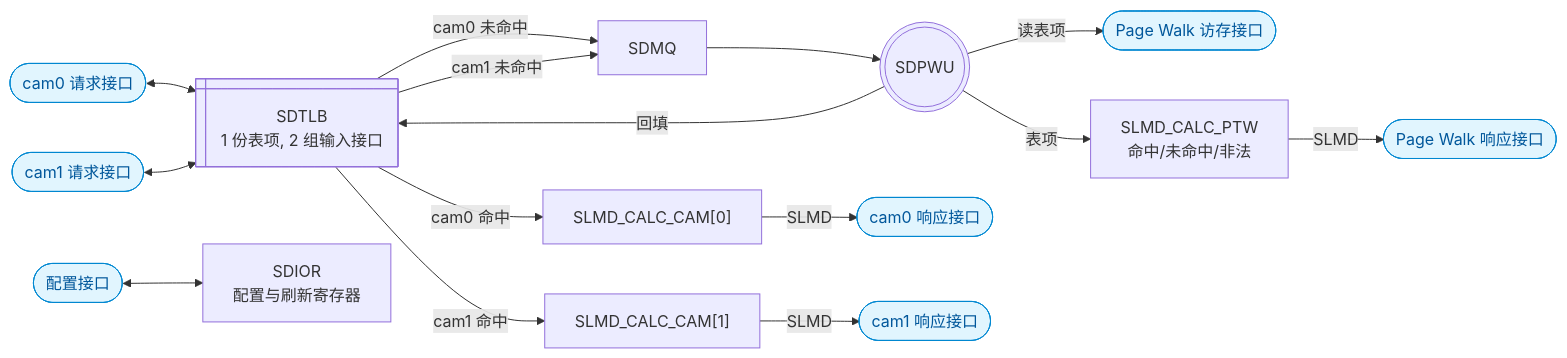
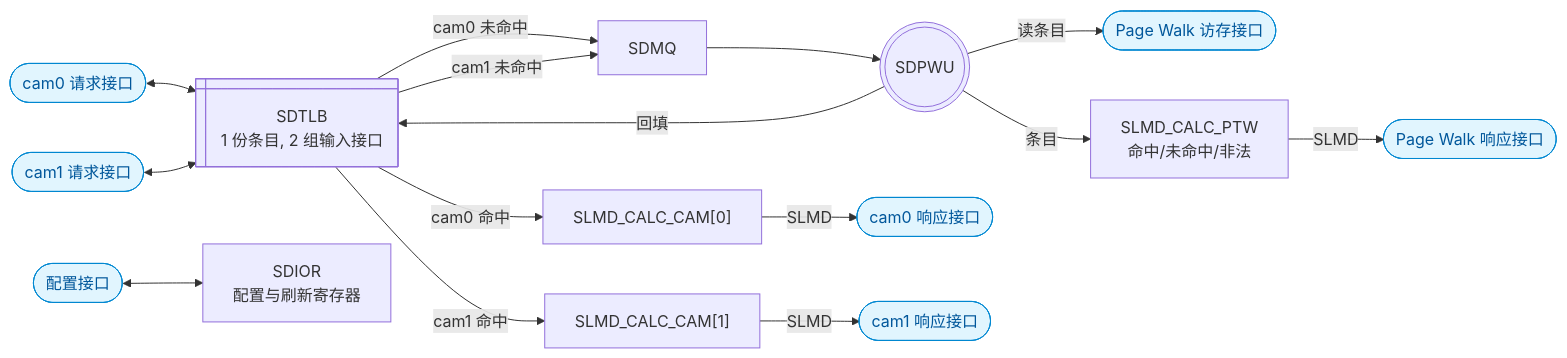
One commit to DuBirdFly/C1_SDecoder changed the second of 4 diagrams in doc/design_plan/SDecoder设计方案/SDecoder 设计方案 v0.9.md. Above: the diagram before and after it, drawn with Mermaid. The commit also changed other lines of this file, not shown here.

````diff
--- a/doc/design_plan/SDecoder设计方案/SDecoder 设计方案 v0.9.md
+++ b/doc/design_plan/SDecoder设计方案/SDecoder 设计方案 v0.9.md
@@ -58,21 +58,21 @@
 ```mermaid
 flowchart LR
-    TLB@{ shape: win-pane, label: "SDTLB<br/>1 份表项, 2 组输入接口" }
+    TLB@{ shape: win-pane, label: "SDTLB<br/>1 份条目, 2 组输入接口" }
     REQ0(["cam0 请求接口"]) <--> TLB
     REQ1(["cam1 请求接口"]) <--> TLB
     TLB -->|"cam0 命中"| CALC0["SLMD_CALC_CAM[0]"]
     TLB -->|"cam1 命中"| CALC1["SLMD_CALC_CAM[1]"]
     TLB -->|"cam0 未命中"| SDMQ["SDMQ"]
     TLB -->|"cam1 未命中"| SDMQ
     SDMQ --> PWU
     PWU@{ shape: dbl-circ, label: "SDPWU" }
-    PWU -->|"读表项"| TW(["Page Walk 访存接口"])
+    PWU -->|"读条目"| TW(["Page Walk 访存接口"])
     PWU -->|"回填"| TLB
-    PWU -->|"表项"| CALC2["SLMD_CALC_PTW<br/>命中/未命中/非法"]
+    PWU -->|"条目"| CALC2["SLMD_CALC_PTW<br/>命中/未命中/非法"]
     CALC0 -->|"SLMD"| RSP0(["cam0 响应接口"])
     CALC1 -->|"SLMD"| RSP1(["cam1 响应接口"])
     CALC2 -->|"SLMD"| PWRSP(["Page Walk 响应接口"])
     CFG(["配置接口"]) <--> SDIOR["SDIOR<br/>配置与刷新寄存器"]
     classDef iface fill:#e1f5fe,stroke:#0288d1,color:#01579b
     class REQ0,REQ1,TW,RSP0,RSP1,PWRSP,CFG iface
 ```
````
